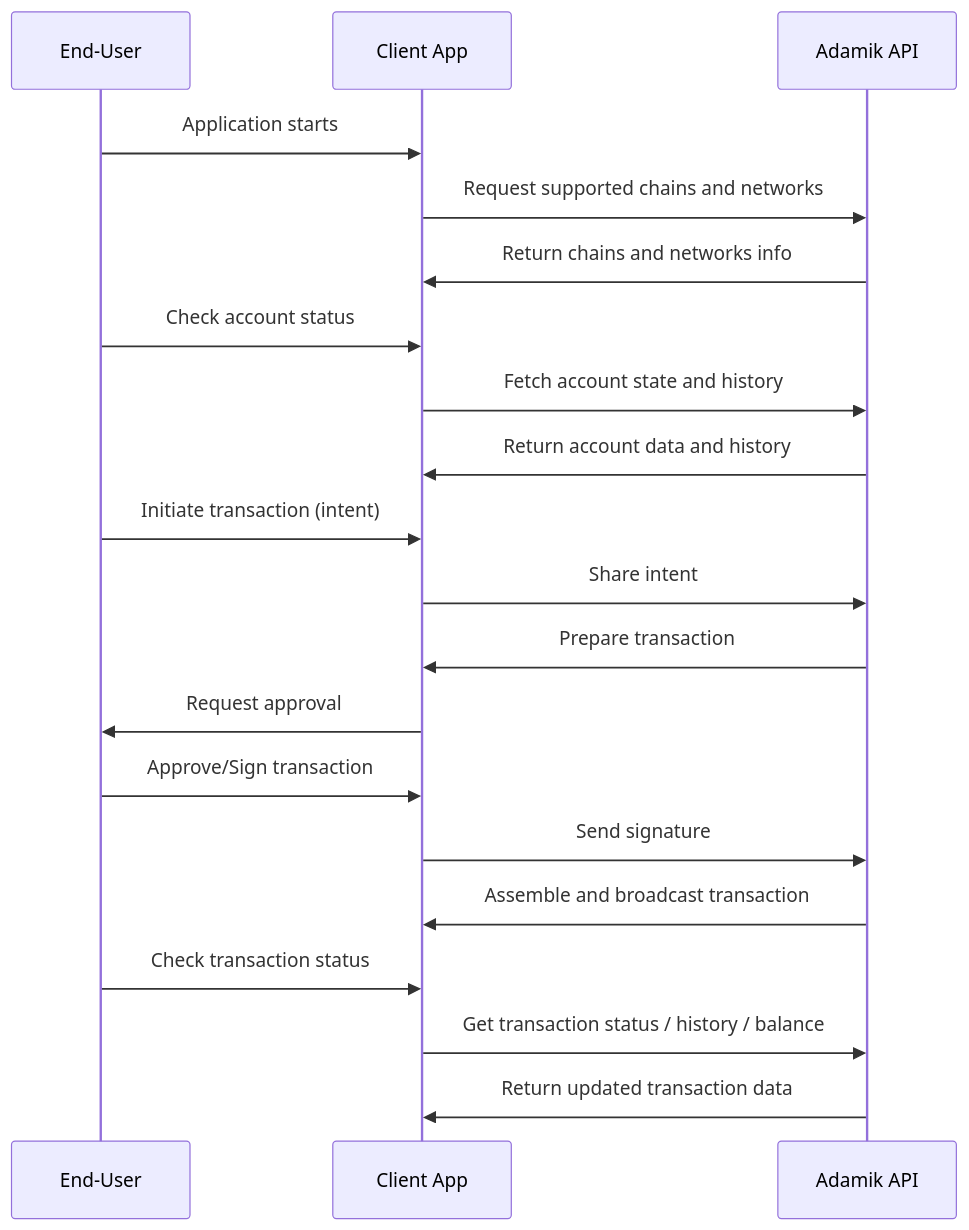
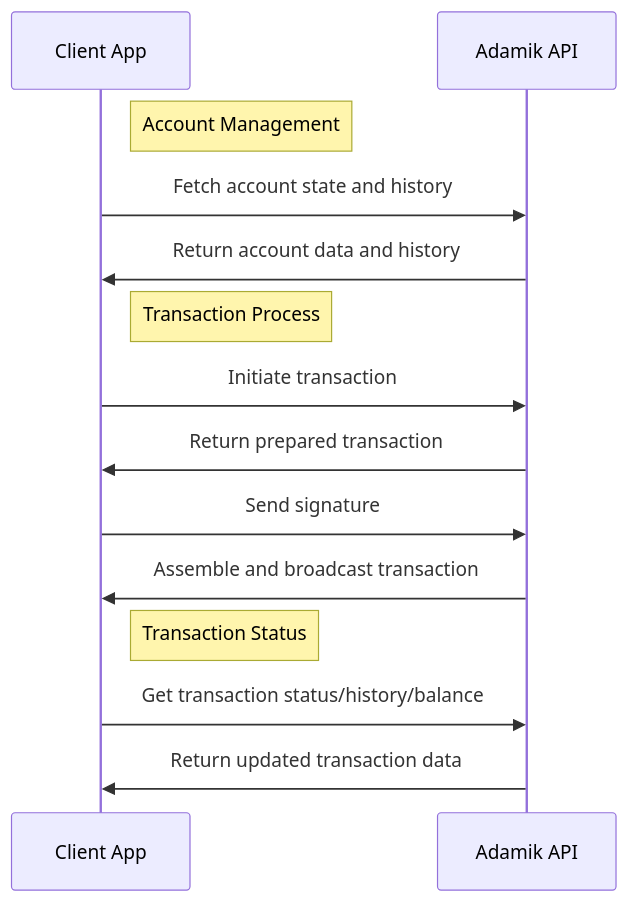
The diagram in get_started/overview.mdx (AdamikHQ/adamik-documentation), drawn with Mermaid before and after one commit. The commit also changed other lines of this file, not shown here.

Commit message:
overview simplificaiton

````diff
--- a/get_started/overview.mdx
+++ b/get_started/overview.mdx
@@ -13,32 +12,22 @@
 ```mermaid
-
 sequenceDiagram
-    participant USER as End-User
     participant CLIENT as Client App
     participant ADAMIK as Adamik API
 
-    %% Application Bootstrapping %%
-    USER->>CLIENT: Application starts
-    CLIENT->>ADAMIK: Request supported chains and networks
-    ADAMIK->>CLIENT: Return chains and networks info
-
     %% Account Management %%
-    USER->>CLIENT: Check account status
+    Note right of CLIENT: Account Management
     CLIENT->>ADAMIK: Fetch account state and history
     ADAMIK->>CLIENT: Return account data and history
 
     %% Transaction Process %%
-    USER->>CLIENT: Initiate transaction (intent)
-    CLIENT->>ADAMIK: Share intent
-    ADAMIK->>CLIENT: Prepare transaction
-    CLIENT->>USER: Request approval
-    USER->>CLIENT: Approve/Sign transaction
+    Note right of CLIENT: Transaction Process
+    CLIENT->>ADAMIK: Initiate transaction
+    ADAMIK->>CLIENT: Return prepared transaction
     CLIENT->>ADAMIK: Send signature
     ADAMIK->>CLIENT: Assemble and broadcast transaction
 
     %% Transaction Status %%
-    USER->>CLIENT: Check transaction status
-    CLIENT->>ADAMIK: Get transaction status / history / balance
+    Note right of CLIENT: Transaction Status
+    CLIENT->>ADAMIK: Get transaction status/history/balance
     ADAMIK->>CLIENT: Return updated transaction data
-
 ```
````
